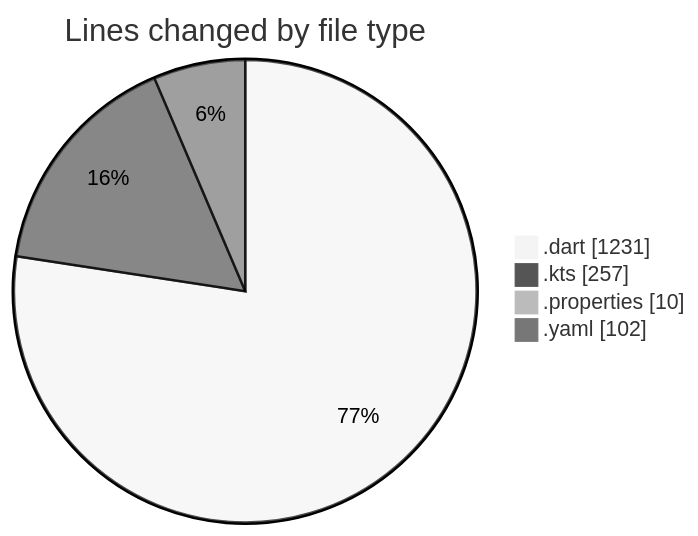
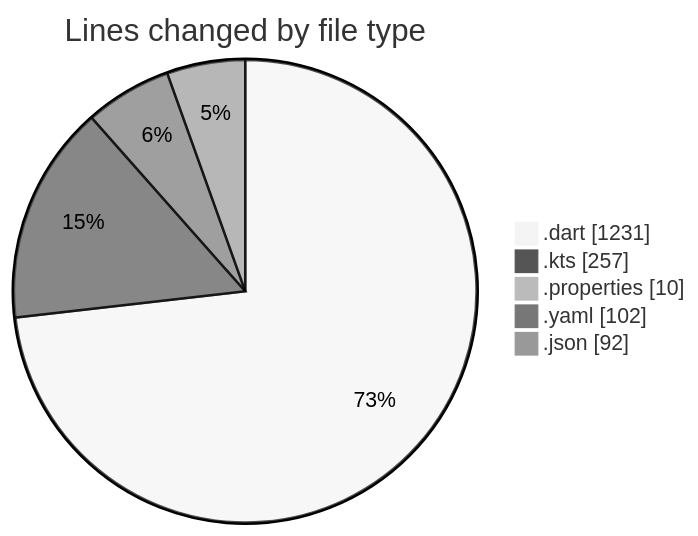
The first of 2 diagrams in 2025-02-24/drivers_app/README.md (donsfak/code-tracking), drawn with Mermaid (neutral theme) before and after one commit. The commit also changed other lines of this file and 1 other file, not shown here.

````diff
--- a/2025-02-24/drivers_app/README.md
+++ b/2025-02-24/drivers_app/README.md
@@ -28,8 +29,9 @@
 ```mermaid
 pie showData
 title Lines changed by file type
 ".dart" : 1231
 ".kts" : 257
 ".properties" : 10
 ".yaml" : 102
+".json" : 92
 ```
````
